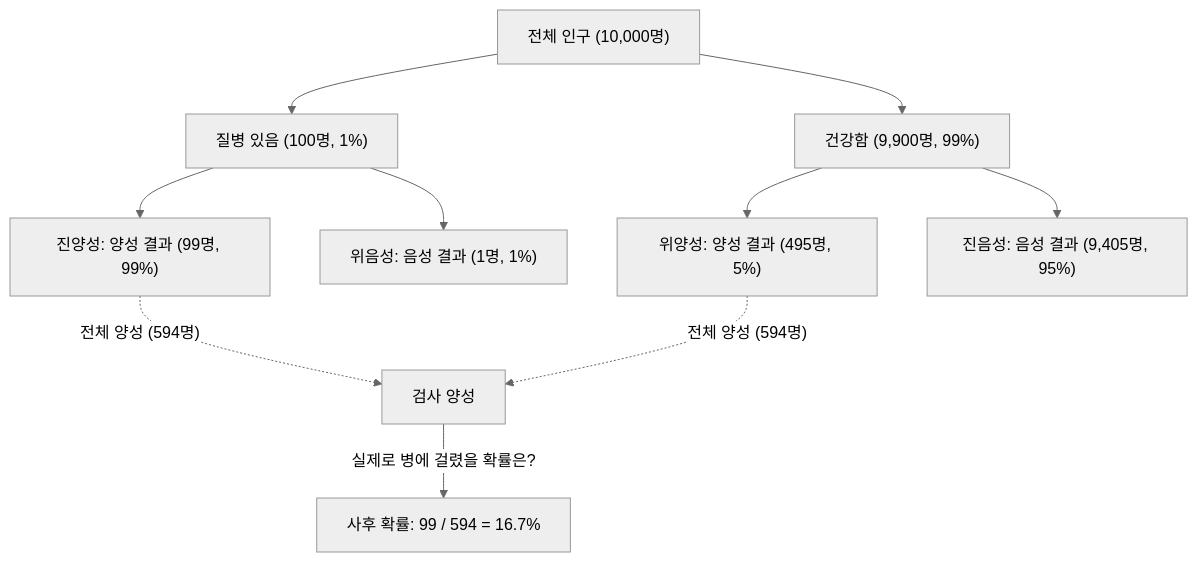
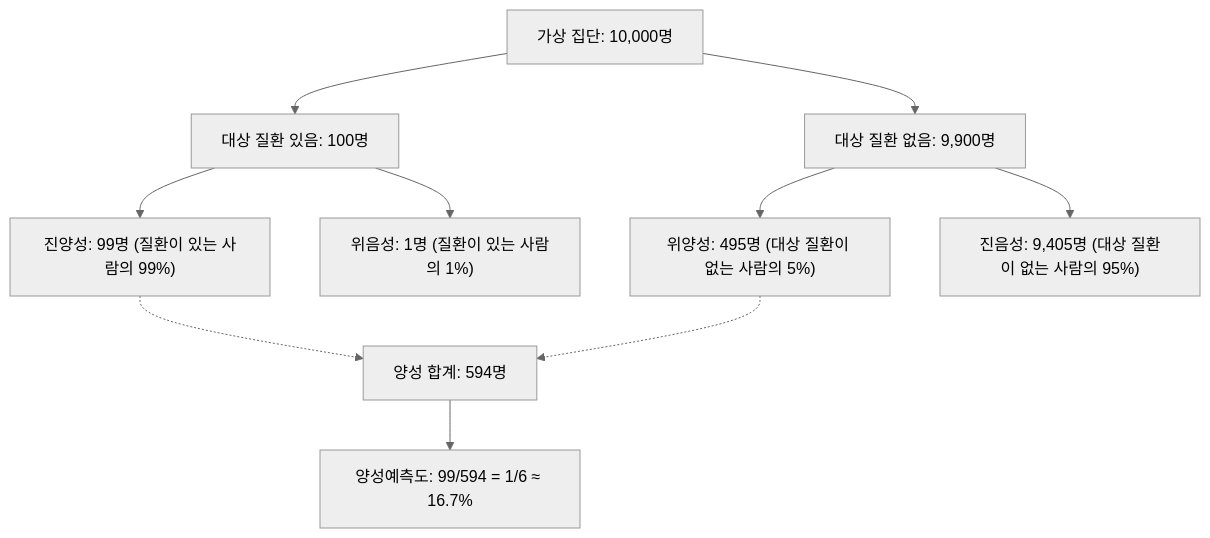
The first of 2 diagrams in content/post/bayes-theorem/index.ko.md (kenjinote/blog), drawn with Mermaid (neutral theme) before and after one commit. The commit also changed other lines of this file and 8 other files, not shown here.

````diff
--- a/content/post/bayes-theorem/index.ko.md
+++ b/content/post/bayes-theorem/index.ko.md
@@ -83,16 +114,12 @@
 ```mermaid
 flowchart TD
-    Population["전체 인구 (10,000명)"] --> Disease["질병 있음 (100명, 1%)"]
-    Population --> Healthy["건강함 (9,900명, 99%)"]
-    
-    Disease --> TruePositive["진양성: 양성 결과 (99명, 99%)"]
-    Disease --> FalseNegative["위음성: 음성 결과 (1명, 1%)"]
-    
-    Healthy --> FalsePositive["위양성: 양성 결과 (495명, 5%)"]
-    Healthy --> TrueNegative["진음성: 음성 결과 (9,405명, 95%)"]
-
-    TruePositive -.->|"전체 양성 (594명)"| AllPositives["검사 양성"]
-    FalsePositive -.->|"전체 양성 (594명)"| AllPositives
-    
-    AllPositives -->|"실제로 병에 걸렸을 확률은?"| Posterior["사후 확률: 99 / 594 = 16.7%"]
+    Population["가상 집단: 10,000명"] --> Disease["대상 질환 있음: 100명"]
+    Population --> NoDisease["대상 질환 없음: 9,900명"]
+    Disease --> TP["진양성: 99명 (질환이 있는 사람의 99%)"]
+    Disease --> FN["위음성: 1명 (질환이 있는 사람의 1%)"]
+    NoDisease --> FP["위양성: 495명 (대상 질환이 없는 사람의 5%)"]
+    NoDisease --> TN["진음성: 9,405명 (대상 질환이 없는 사람의 95%)"]
+    TP -.-> AllPositive["양성 합계: 594명"]
+    FP -.-> AllPositive
+    AllPositive --> PPV["양성예측도: 99/594 = 1/6 ≈ 16.7%"]
 ```
````
